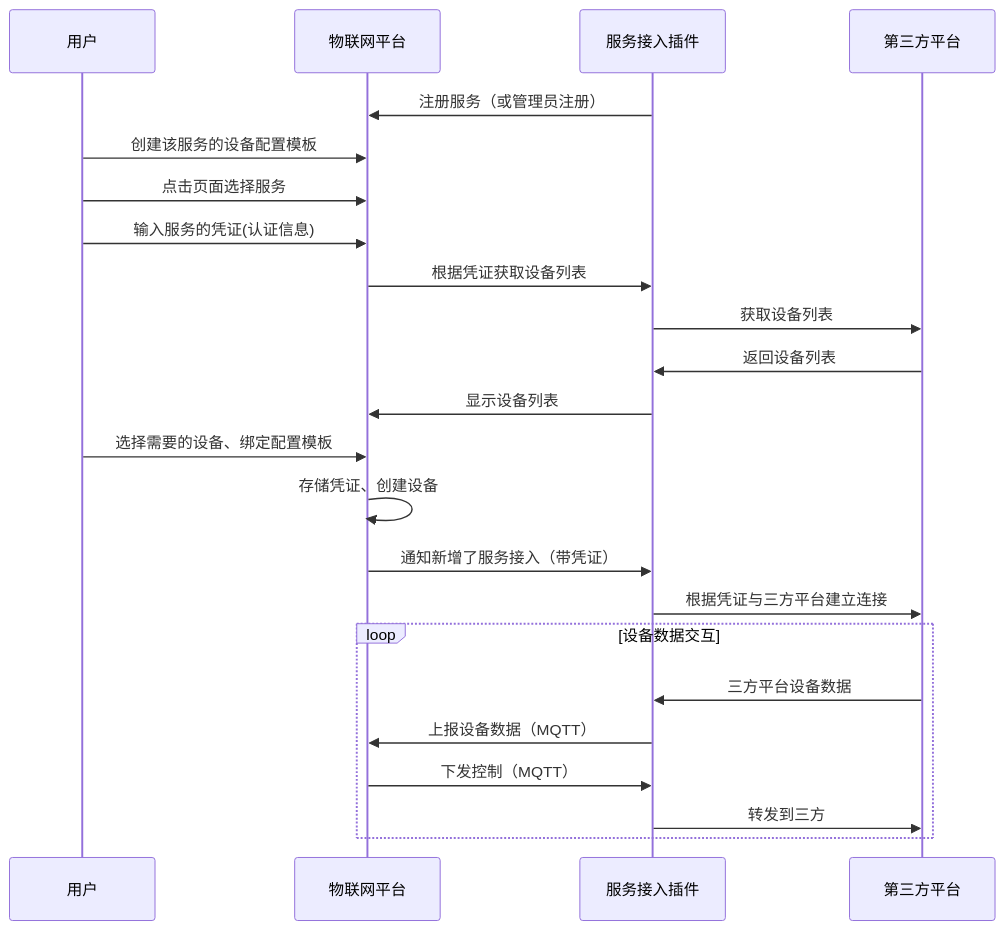
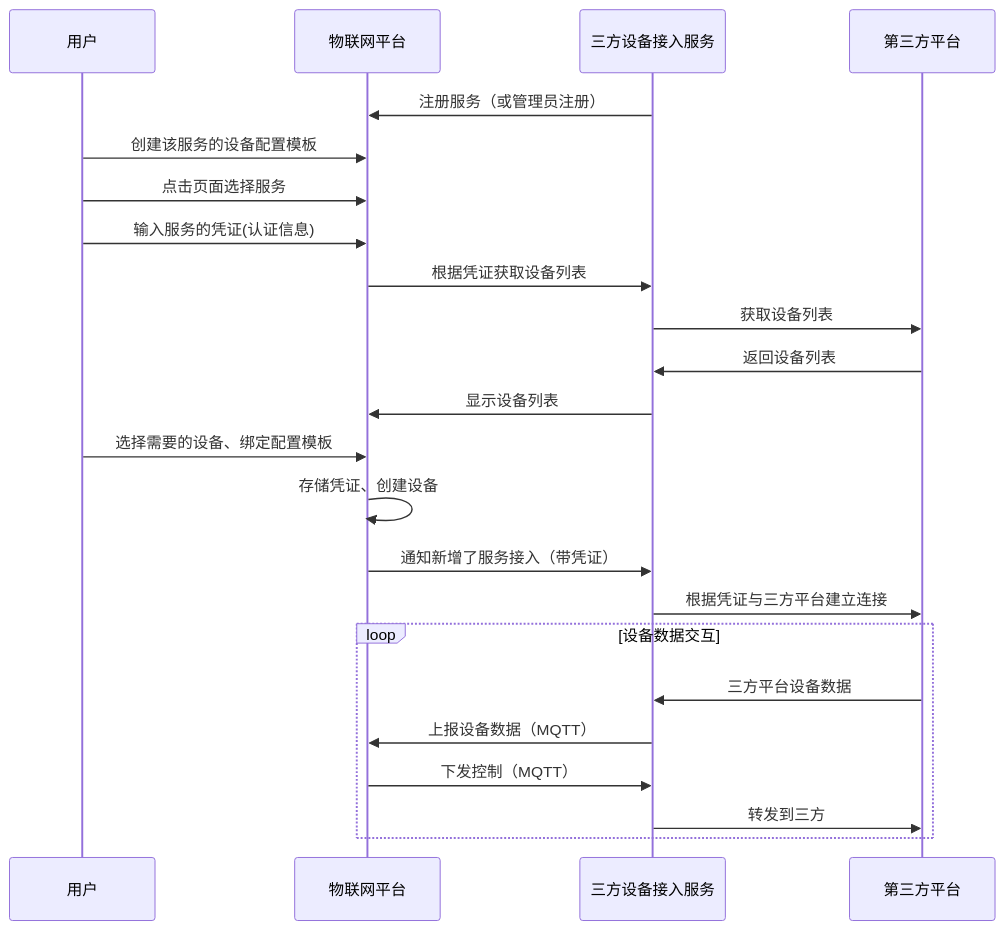
Before and after one commit to ThingsPanel/thingspanel.github.io: the second of 3 diagrams in docs/developer-guide/developing-plug-in/customProtocol.md, drawn with Mermaid. The commit also changed other lines of this file and 28 other files, not shown here.

````diff
--- a/docs/developer-guide/developing-plug-in/customProtocol.md
+++ b/docs/developer-guide/developing-plug-in/customProtocol.md
@@ -76,27 +76,27 @@
 ```mermaid
 sequenceDiagram
     participant 用户
     participant OurPlatform as 物联网平台
-    participant Plugin as 服务接入插件
+    participant Plugin as 三方设备接入服务
     participant ThirdParty as 第三方平台
 
     Plugin->>OurPlatform: 注册服务（或管理员注册）
     用户->>OurPlatform: 创建该服务的设备配置模板
     用户->>OurPlatform: 点击页面选择服务
     用户->>OurPlatform: 输入服务的凭证(认证信息)
     OurPlatform->>Plugin: 根据凭证获取设备列表
     Plugin->>ThirdParty: 获取设备列表
     ThirdParty->>Plugin: 返回设备列表
     Plugin->>OurPlatform: 显示设备列表
     用户->>OurPlatform: 选择需要的设备、绑定配置模板
     OurPlatform->>OurPlatform: 存储凭证、创建设备
     OurPlatform->>Plugin: 通知新增了服务接入（带凭证）
     Plugin->>ThirdParty: 根据凭证与三方平台建立连接
     
     loop 设备数据交互
         ThirdParty->>Plugin: 三方平台设备数据
         Plugin->>OurPlatform: 上报设备数据（MQTT）
         OurPlatform->>Plugin: 下发控制（MQTT）
         Plugin->>ThirdParty: 转发到三方
     end
 ```
````
